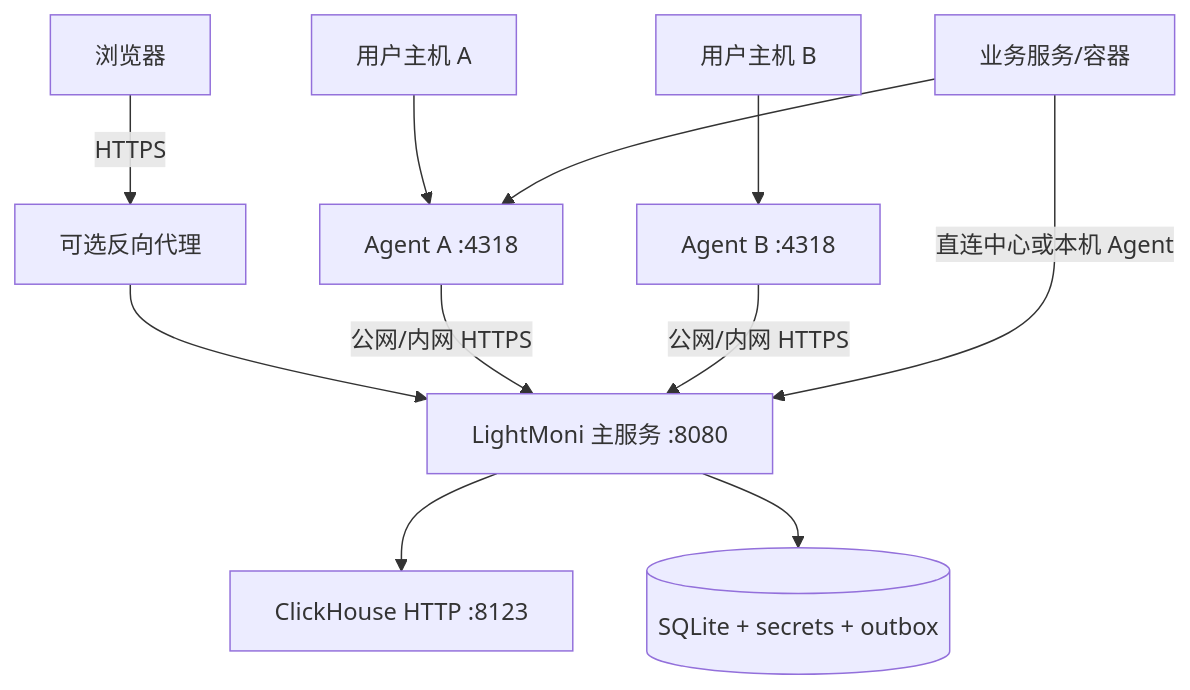
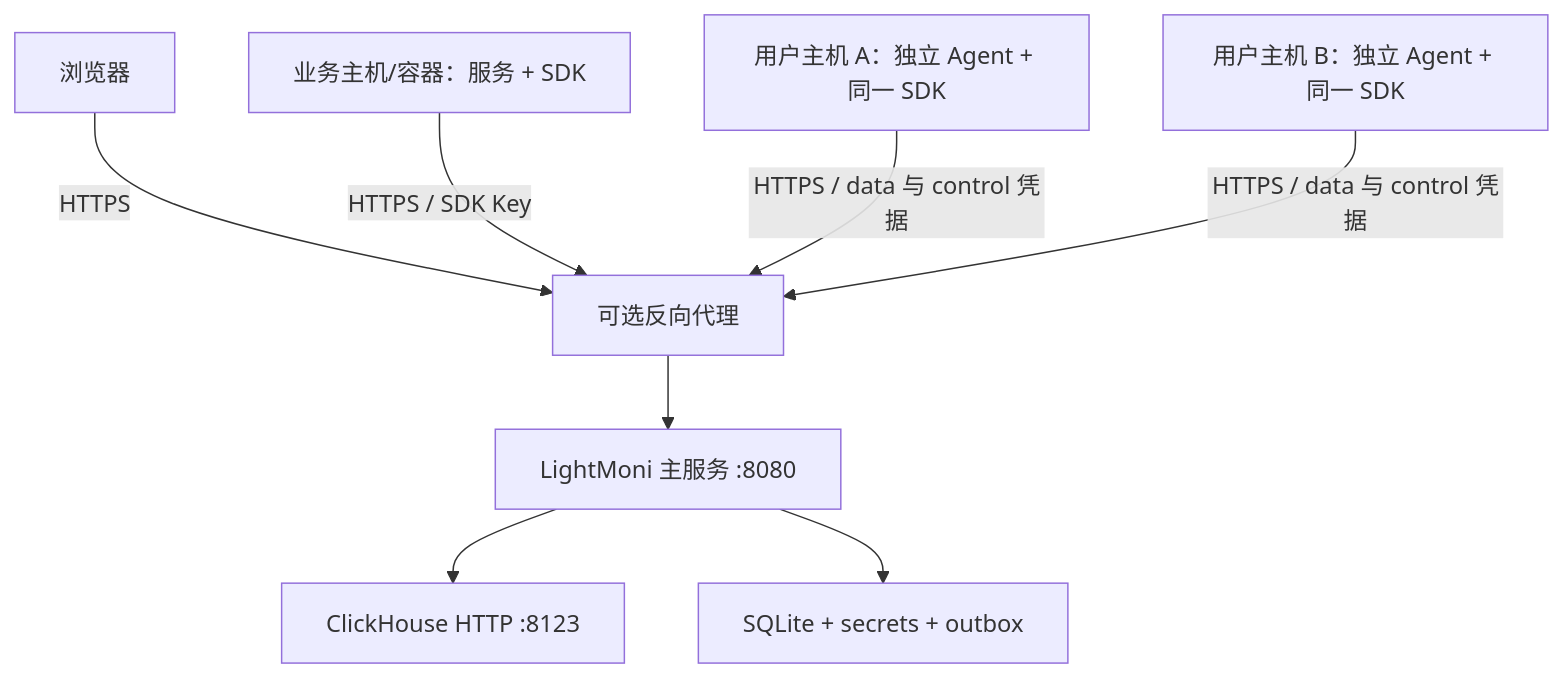
Before and after one commit to workhold/lightmoni: the third of 5 diagrams in docs/system-design.md, drawn with Mermaid. The commit also changed other lines of this file and 4 other files, not shown here.

Commit message:
docs: clarify independent SDK and Agent reporting diagrams

````diff
--- a/docs/system-design.md
+++ b/docs/system-design.md
@@ -124,13 +148,10 @@
 ```mermaid
 flowchart TB
   Browser[浏览器] -->|HTTPS| Proxy[可选反向代理]
   Proxy --> Center[LightMoni 主服务 :8080]
   Center --> CH[ClickHouse HTTP :8123]
-  Center --> State[(SQLite + secrets + outbox)]
-  HostA[用户主机 A] --> AgentA[Agent A :4318]
-  HostB[用户主机 B] --> AgentB[Agent B :4318]
-  AgentA -->|公网/内网 HTTPS| Center
-  AgentB -->|公网/内网 HTTPS| Center
-  Service[业务服务/容器] -->|直连中心或本机 Agent| Center
-  Service --> AgentA
+  Center --> State[SQLite + secrets + outbox]
+  Service[业务主机/容器：服务 + SDK] -->|HTTPS / SDK Key| Proxy
+  AgentA[用户主机 A：独立 Agent + 同一 SDK] -->|HTTPS / data 与 control 凭据| Proxy
+  AgentB[用户主机 B：独立 Agent + 同一 SDK] -->|HTTPS / data 与 control 凭据| Proxy
 ```
````
